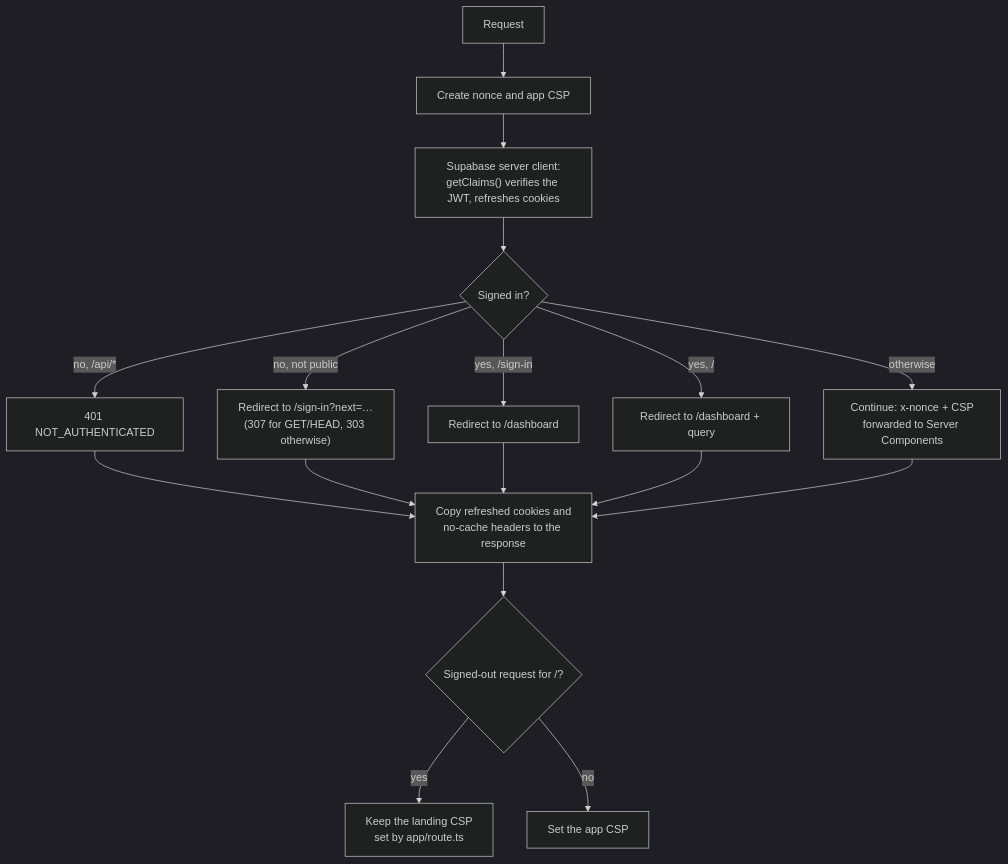
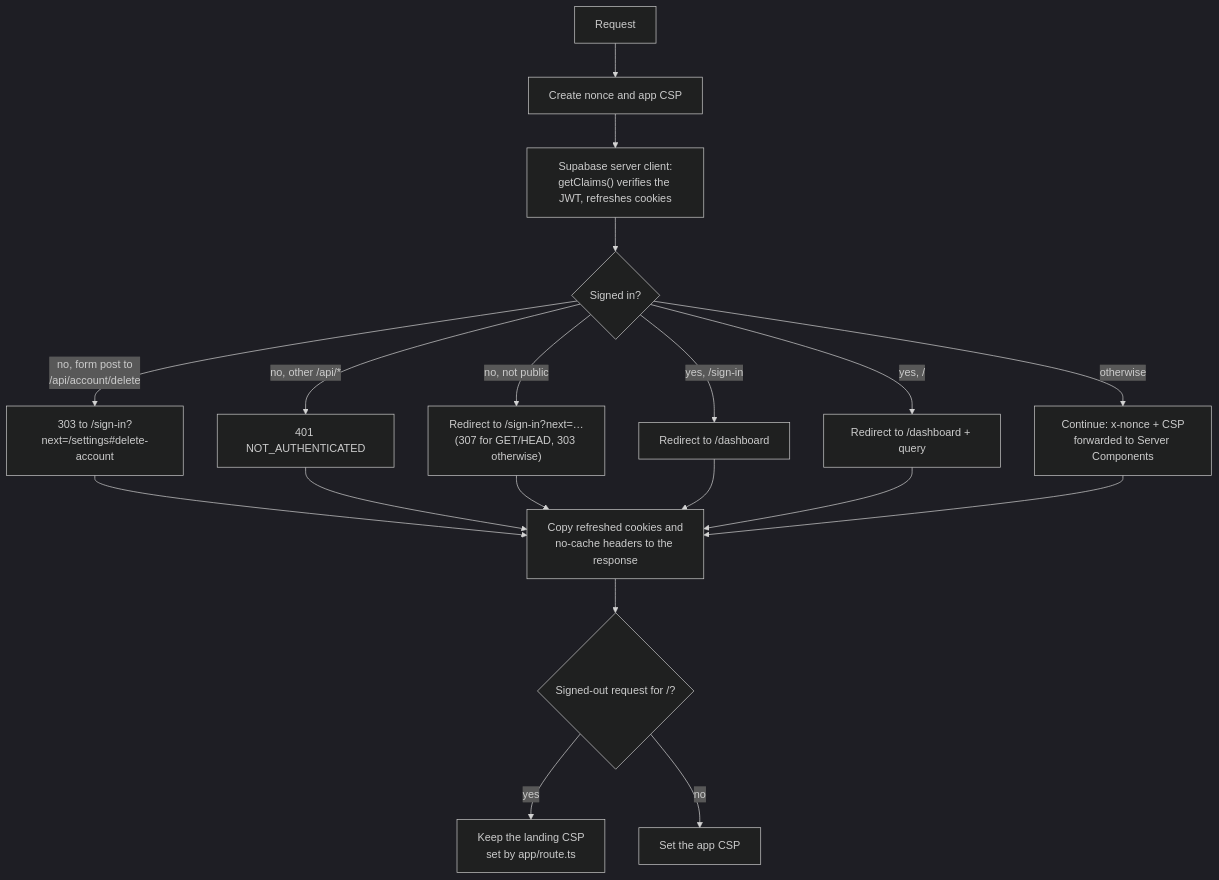
One commit to vbenedito/careeros changed the diagram in docs/architecture/web.md. Above: the diagram before and after it, drawn with Mermaid (dark theme). The commit also changed other lines of this file and 27 other files, not shown here.

First line of the commit message:
fix(web): dashboard polish: drawer, time zone, chart colours, settings (#68, #70, #76, #78)

````diff
--- a/docs/architecture/web.md
+++ b/docs/architecture/web.md
@@ -35,19 +35,21 @@
 ```mermaid
 flowchart TD
   R["Request"] --> N["Create nonce and app CSP"]
   N --> C["Supabase server client:<br/>getClaims() verifies the JWT, refreshes cookies"]
   C --> Q{"Signed in?"}
-  Q -- "no, /api/*" --> A401["401 NOT_AUTHENTICATED"]
+  Q -- "no, form post to<br/>/api/account/delete" --> RF["303 to /sign-in?next=/settings#delete-account"]
+  Q -- "no, other /api/*" --> A401["401 NOT_AUTHENTICATED"]
   Q -- "no, not public" --> RS["Redirect to /sign-in?next=…<br/>(307 for GET/HEAD, 303 otherwise)"]
   Q -- "yes, /sign-in" --> RD["Redirect to /dashboard"]
   Q -- "yes, /" --> RD2["Redirect to /dashboard + query"]
   Q -- "otherwise" --> NX["Continue: x-nonce + CSP<br/>forwarded to Server Components"]
+  RF --> H
   A401 --> H["Copy refreshed cookies and<br/>no-cache headers to the response"]
   RS --> H
   RD --> H
   RD2 --> H
   NX --> H
   H --> L{"Signed-out request for /?"}
   L -- "yes" --> LC["Keep the landing CSP<br/>set by app/route.ts"]
   L -- "no" --> AC["Set the app CSP"]
 ```
````
